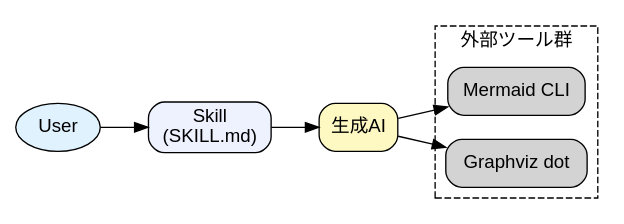
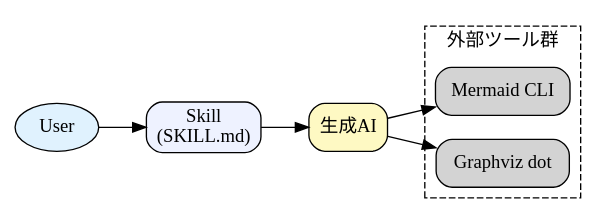
Before and after one commit to duwenji/diagram-as-code-tutorial: the diagram in docs/05-real-world-examples/01-skill-architecture-diagram.md, drawn with Graphviz. The commit also changed 22 other files, not shown here.

Commit message:
プロジェクト開発フェーズの図を追加し、フォントをMeiryoに変更

````diff
--- a/docs/05-real-world-examples/01-skill-architecture-diagram.md
+++ b/docs/05-real-world-examples/01-skill-architecture-diagram.md
@@ -32,21 +32,22 @@
 ```dot
 digraph SkillArchitecture {
   rankdir=LR;
-  node [shape=box, style="rounded,filled", fontname="Helvetica"];
+  fontname="Meiryo";
+  node [shape=box, style="rounded,filled", fontname="Meiryo"];
 
   User [shape=ellipse, fillcolor="#e0f2fe"];
   Skill [label="Skill\n(SKILL.md)", fillcolor="#eef2ff"];
   LLM [label="生成AI", fillcolor="#fef9c3"];
 
   subgraph cluster_tools {
     label="外部ツール群";
     style=dashed;
     Mermaid [label="Mermaid CLI"];
     Graphviz [label="Graphviz dot"];
   }
 
   User -> Skill -> LLM;
   LLM -> Mermaid;
   LLM -> Graphviz;
 }
 ```
````
